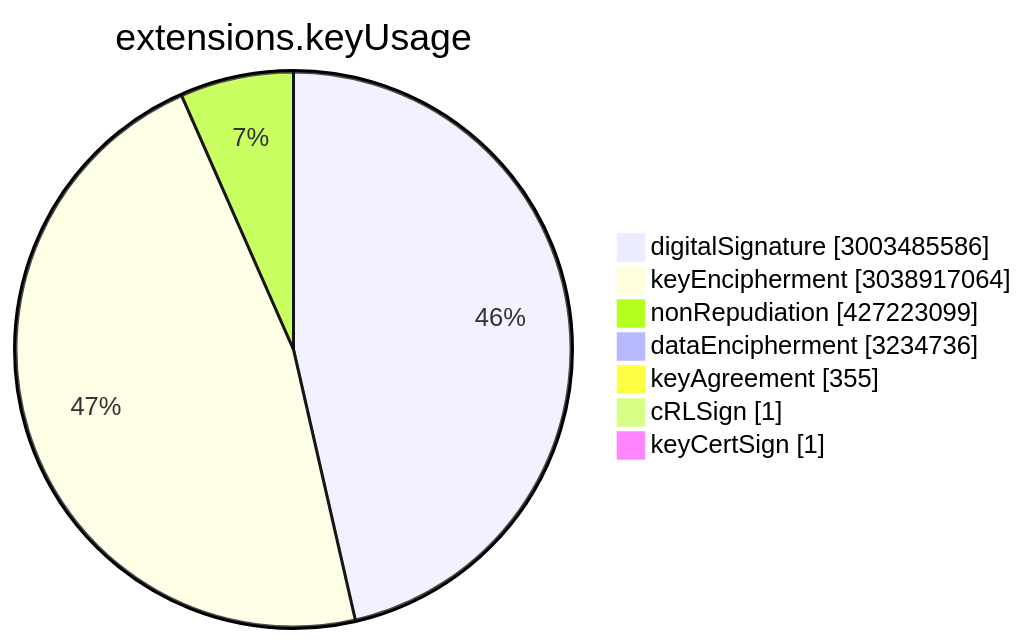
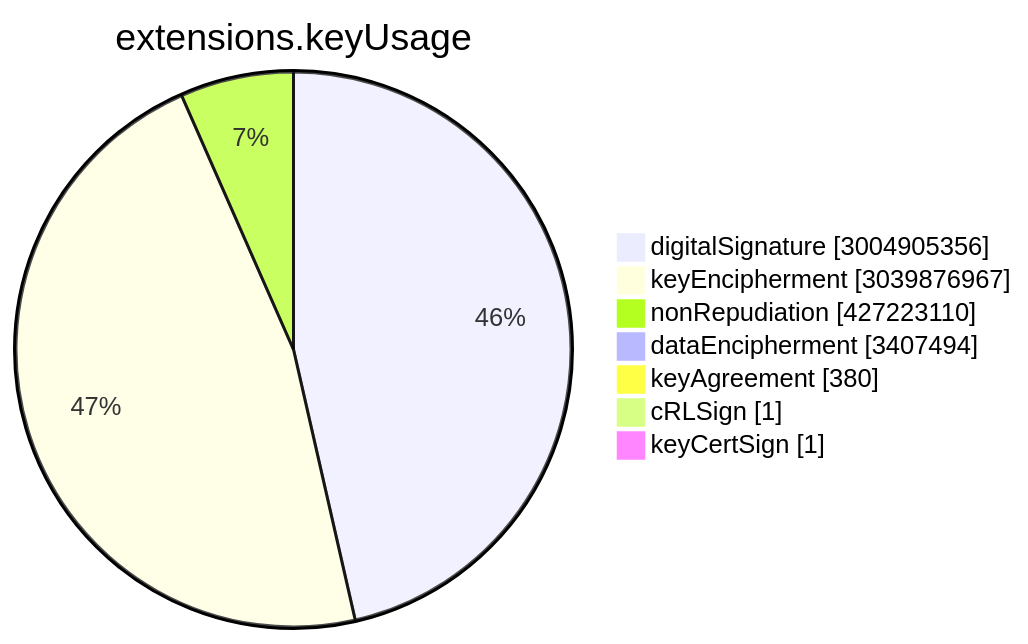
Before and after one commit to christiankrug/ctmonitor_visualization: the sixth of 15 diagrams in TOTAL/README.md, drawn with Mermaid. The commit also changed other lines of this file, not shown here.

````diff
--- a/TOTAL/README.md
+++ b/TOTAL/README.md
@@ -3075,11 +3076,11 @@
 ```mermaid
 pie showData
 title extensions.keyUsage
-"digitalSignature" :3003485586
-"keyEncipherment" :3038917064
-"nonRepudiation" :427223099
-"dataEncipherment" :3234736
-"keyAgreement" :355
+"digitalSignature" :3004905356
+"keyEncipherment" :3039876967
+"nonRepudiation" :427223110
+"dataEncipherment" :3407494
+"keyAgreement" :380
 "cRLSign" :1
 "keyCertSign" :1
 ```
````
